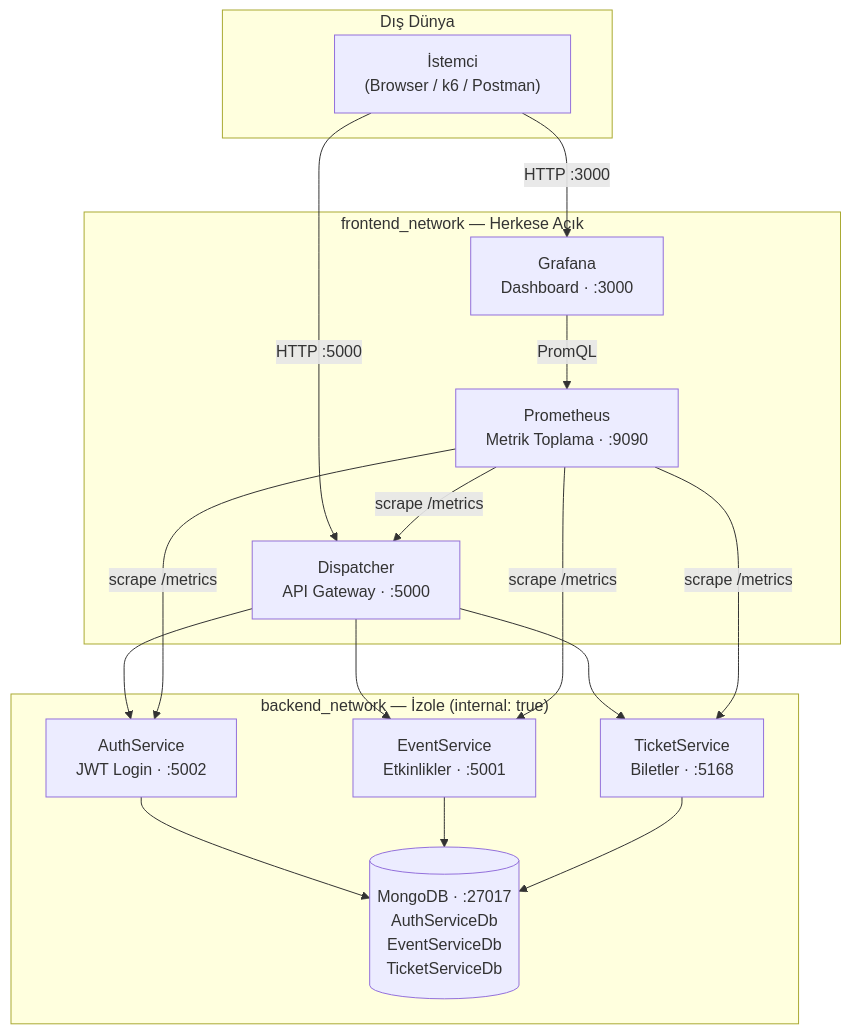
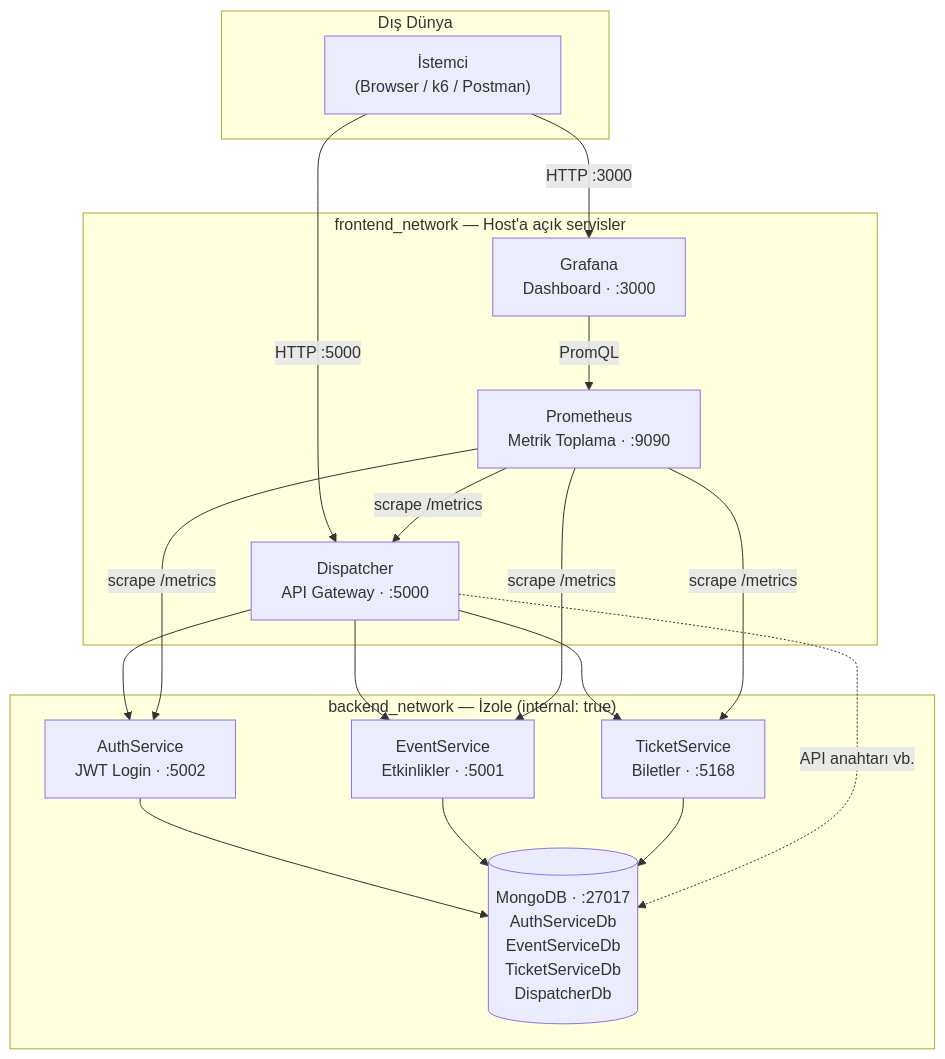
The first of 4 diagrams in README.md (UguralpKivanc/BiletProje), drawn with Mermaid before and after one commit. The commit also changed other lines of this file, not shown here.

````diff
--- a/README.md
+++ b/README.md
@@ -34,37 +36,38 @@
 ```mermaid
 graph TB
     subgraph dis["Dış Dünya"]
         Client["İstemci\n(Browser / k6 / Postman)"]
     end
 
-    subgraph front["frontend_network — Herkese Açık"]
+    subgraph front["frontend_network — Host'a açık servisler"]
         Dispatcher["Dispatcher\nAPI Gateway · :5000"]
         Grafana["Grafana\nDashboard · :3000"]
         Prometheus["Prometheus\nMetrik Toplama · :9090"]
     end
 
     subgraph back["backend_network — İzole (internal: true)"]
         Auth["AuthService\nJWT Login · :5002"]
         Event["EventService\nEtkinlikler · :5001"]
         Ticket["TicketService\nBiletler · :5168"]
-        MongoDB[("MongoDB · :27017\nAuthServiceDb\nEventServiceDb\nTicketServiceDb")]
+        MongoDB[("MongoDB · :27017\nAuthServiceDb\nEventServiceDb\nTicketServiceDb\nDispatcherDb")]
     end
 
     Client -->|"HTTP :5000"| Dispatcher
     Client -->|"HTTP :3000"| Grafana
 
     Dispatcher --> Auth
     Dispatcher --> Event
     Dispatcher --> Ticket
 
     Auth   --> MongoDB
     Event  --> MongoDB
     Ticket --> MongoDB
+    Dispatcher -.->|API anahtarı vb.| MongoDB
 
     Prometheus -->|"scrape /metrics"| Dispatcher
     Prometheus -->|"scrape /metrics"| Auth
     Prometheus -->|"scrape /metrics"| Event
     Prometheus -->|"scrape /metrics"| Ticket
 
     Grafana -->|PromQL| Prometheus
 ```
````
